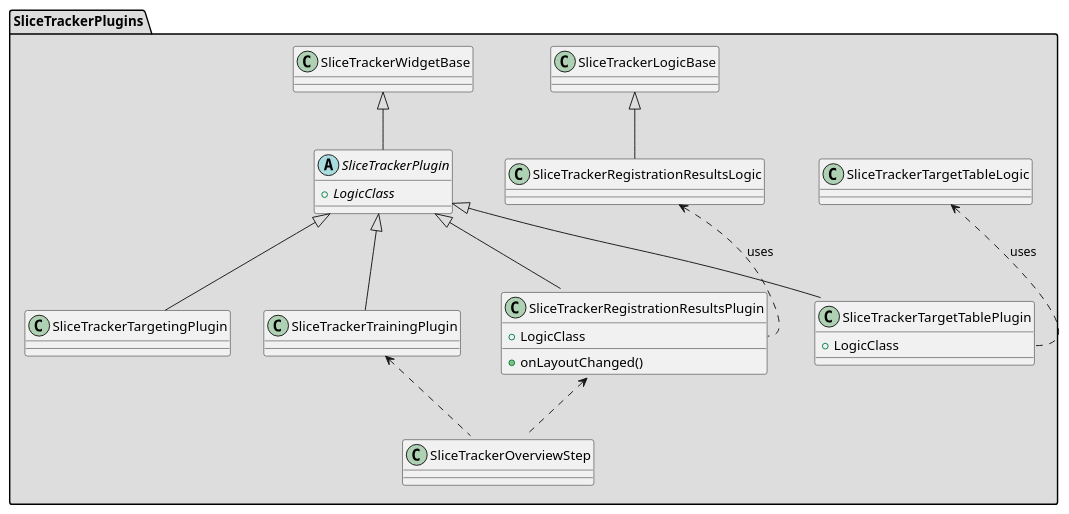
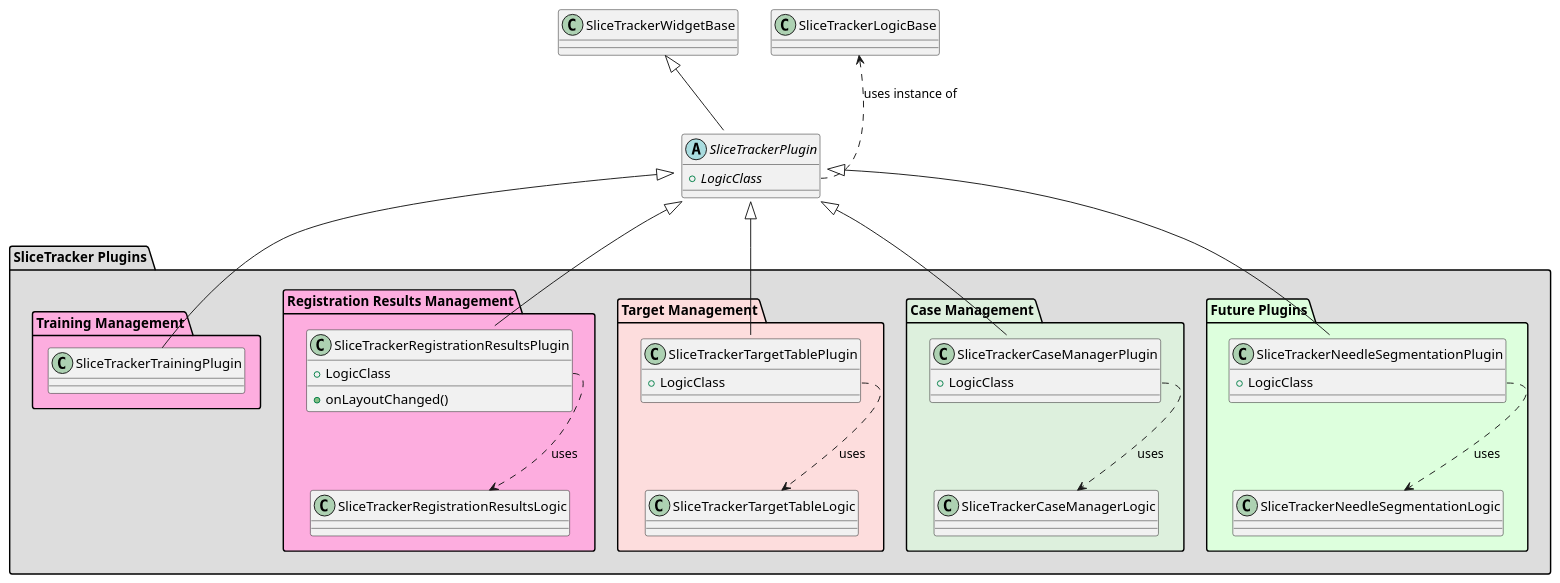
Before and after one commit to SlicerProstate/SliceTracker: the diagram in puml/SliceTrackerPlugins.puml, drawn with PlantUML. The commit also changed 5 other files, not shown here.

```diff
--- a/puml/SliceTrackerPlugins.puml
+++ b/puml/SliceTrackerPlugins.puml
@@ -1,44 +1,76 @@
 @startuml
-
-package "SliceTrackerPlugins" #DDDDDD {
 
   abstract class SliceTrackerPlugin {
     + {abstract} LogicClass
   }
 
-  SliceTrackerWidgetBase <|-- SliceTrackerPlugin
+  class SliceTrackerLogicBase
+  SliceTrackerLogicBase <.. SliceTrackerPlugin::LogicClass: uses instance of
 
-  class SliceTrackerTrainingPlugin {
+
+package "SliceTracker Plugins" #DDDDDD {
+
+  package "Training Management" #FDADDF {
+
+    class SliceTrackerTrainingPlugin {
+    }
+
+    SliceTrackerPlugin <|-- SliceTrackerTrainingPlugin
   }
 
-  class SliceTrackerRegistrationResultsPlugin {
-    + LogicClass
-    + onLayoutChanged()
+  package "Registration Results Management" #FDADDF {
+
+    class SliceTrackerRegistrationResultsPlugin {
+      + LogicClass
+      + onLayoutChanged()
+    }
+
+    class SliceTrackerRegistrationResultsLogic
+
+    SliceTrackerPlugin <|-- SliceTrackerRegistrationResultsPlugin
+    SliceTrackerRegistrationResultsPlugin::LogicClass ..> SliceTrackerRegistrationResultsLogic: uses
+
   }
 
-  class SliceTrackerRegistrationResultsLogic
+  package "Target Management" #FDDDDD {
 
-  class SliceTrackerTargetTablePlugin {
-    + LogicClass
+    class SliceTrackerTargetTablePlugin {
+      + LogicClass
+    }
+
+    class SliceTrackerTargetTableLogic {
+    }
+
+    SliceTrackerPlugin <|-- SliceTrackerTargetTablePlugin
+    SliceTrackerTargetTablePlugin::LogicClass ..> SliceTrackerTargetTableLogic: uses
+
   }
 
-  class SliceTrackerTargetTableLogic {
+  package "Case Management" #DDF0DD {
+
+    class SliceTrackerCaseManagerPlugin {
+      + LogicClass
+    }
+
+    class SliceTrackerCaseManagerLogic {
+    }
+
+    SliceTrackerPlugin <|-- SliceTrackerCaseManagerPlugin
+    SliceTrackerCaseManagerPlugin::LogicClass ..> SliceTrackerCaseManagerLogic: uses
   }
 
+  package "Future Plugins" #DDFFDD {
+    class SliceTrackerNeedleSegmentationPlugin {
+      + LogicClass
+    }
 
-  SliceTrackerPlugin <|-- SliceTrackerTrainingPlugin
-  SliceTrackerPlugin <|-- SliceTrackerRegistrationResultsPlugin
-  SliceTrackerPlugin <|-- SliceTrackerTargetTablePlugin
-  SliceTrackerPlugin <|-- SliceTrackerTargetingPlugin
+    SliceTrackerPlugin <|-- SliceTrackerNeedleSegmentationPlugin
+    SliceTrackerNeedleSegmentationPlugin::LogicClass ..> SliceTrackerNeedleSegmentationLogic: uses
+  }
+
+}
+
+SliceTrackerWidgetBase <|-- SliceTrackerPlugin
 
 
-  SliceTrackerTrainingPlugin <.. SliceTrackerOverviewStep::trainingPlugin
-
-  SliceTrackerRegistrationResultsPlugin <.. SliceTrackerOverviewStep::regResultPlugin
-  SliceTrackerLogicBase <|-- SliceTrackerRegistrationResultsLogic
-  SliceTrackerRegistrationResultsLogic <.. SliceTrackerRegistrationResultsPlugin::LogicClass: uses
-
-  SliceTrackerTargetTableLogic <.. SliceTrackerTargetTablePlugin::LogicClass: uses
-}
-
 @enduml
```
